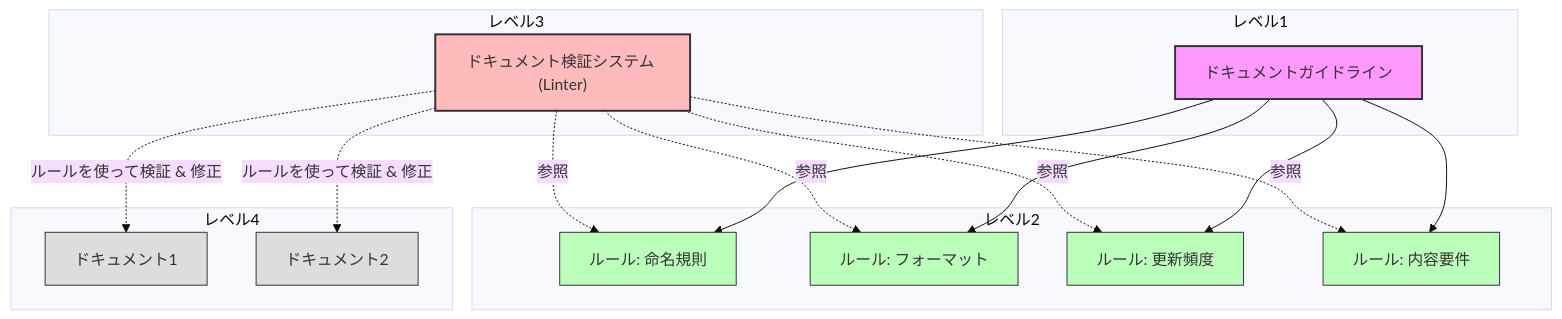
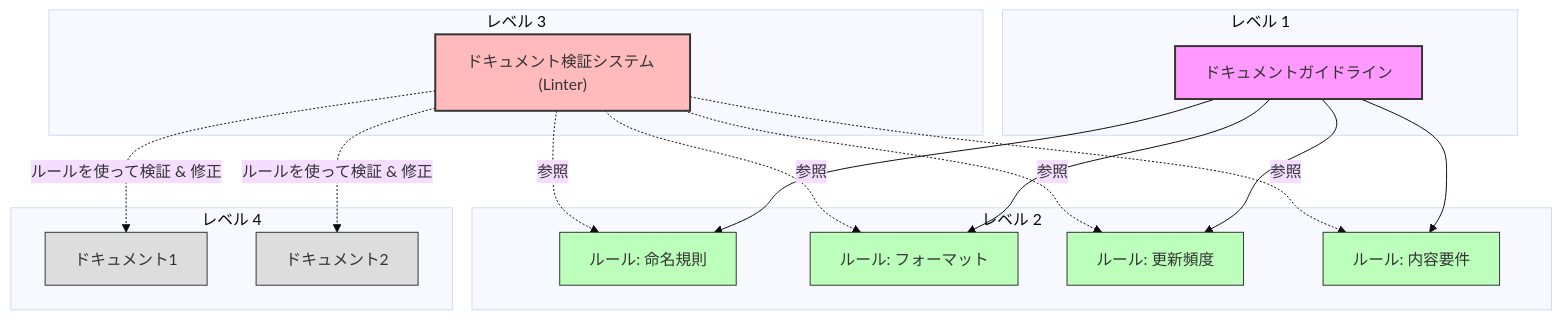
One commit to ToyB0x/ai-coding-rules changed the first of 2 diagrams in Guideline.md. Above: the diagram before and after it, drawn with Mermaid (base theme). The commit also changed other lines of this file and 1 other file, not shown here.

Commit message:
docs: update mermaid diagram labels for consistency in guidelines

````diff
--- a/Guideline.md
+++ b/Guideline.md
@@ -7,44 +7,44 @@
 ```mermaid
 graph TB
-  subgraph レベル1["レベル1"]
+  subgraph "レベル 1"
     A["ドキュメントガイドライン"]
   end
   
-  subgraph レベル2["レベル2"]
+  subgraph "レベル 2"
     C1["ルール: 命名規則"]
     C2["ルール: フォーマット"]
     C3["ルール: 更新頻度"]
     C4["ルール: 内容要件"]
   end
   
-  subgraph レベル3["レベル3"]
+  subgraph "レベル 3"
     D["ドキュメント検証システム (Linter)"]
   end
   
-  subgraph レベル4["レベル4"]
+  subgraph "レベル 4"
     E1["ドキュメント1"]
     E2["ドキュメント2"]
   end
   
   A --> C1
   A --> C2
   A --> C3
   A --> C4
   
   D -.-> |"参照"| C1
   D -.-> |"参照"| C2
   D -.-> |"参照"| C3
   D -.-> |"参照"| C4
   
   D -.-> |"ルールを使って検証 & 修正"| E1
   D -.-> |"ルールを使って検証 & 修正"| E2
   
   style A fill:#f9f,stroke:#333,stroke-width:2px
   style C1 fill:#bfb,stroke:#333,stroke-width:1px
   style C2 fill:#bfb,stroke:#333,stroke-width:1px
   style C3 fill:#bfb,stroke:#333,stroke-width:1px
   style C4 fill:#bfb,stroke:#333,stroke-width:1px
   style D fill:#fbb,stroke:#333,stroke-width:2px
   style E1 fill:#ddd,stroke:#333,stroke-width:1px
   style E2 fill:#ddd,stroke:#333,stroke-width:1px
 ```
````
